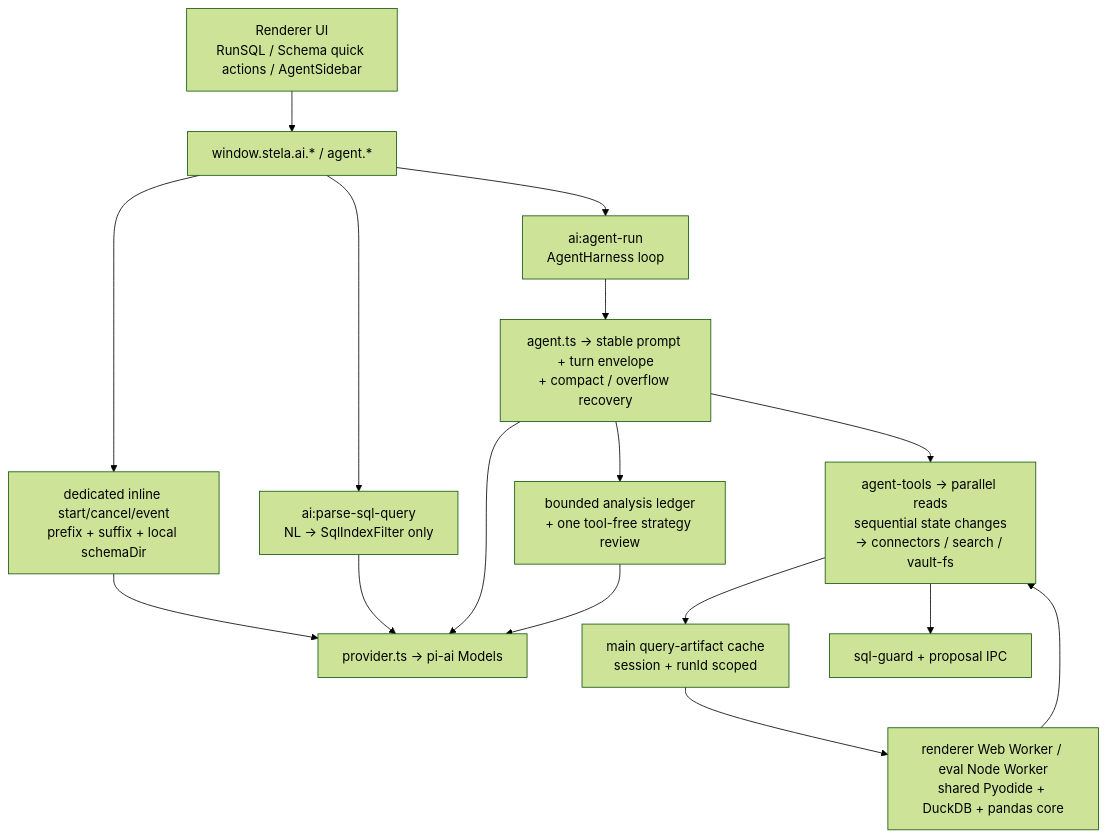
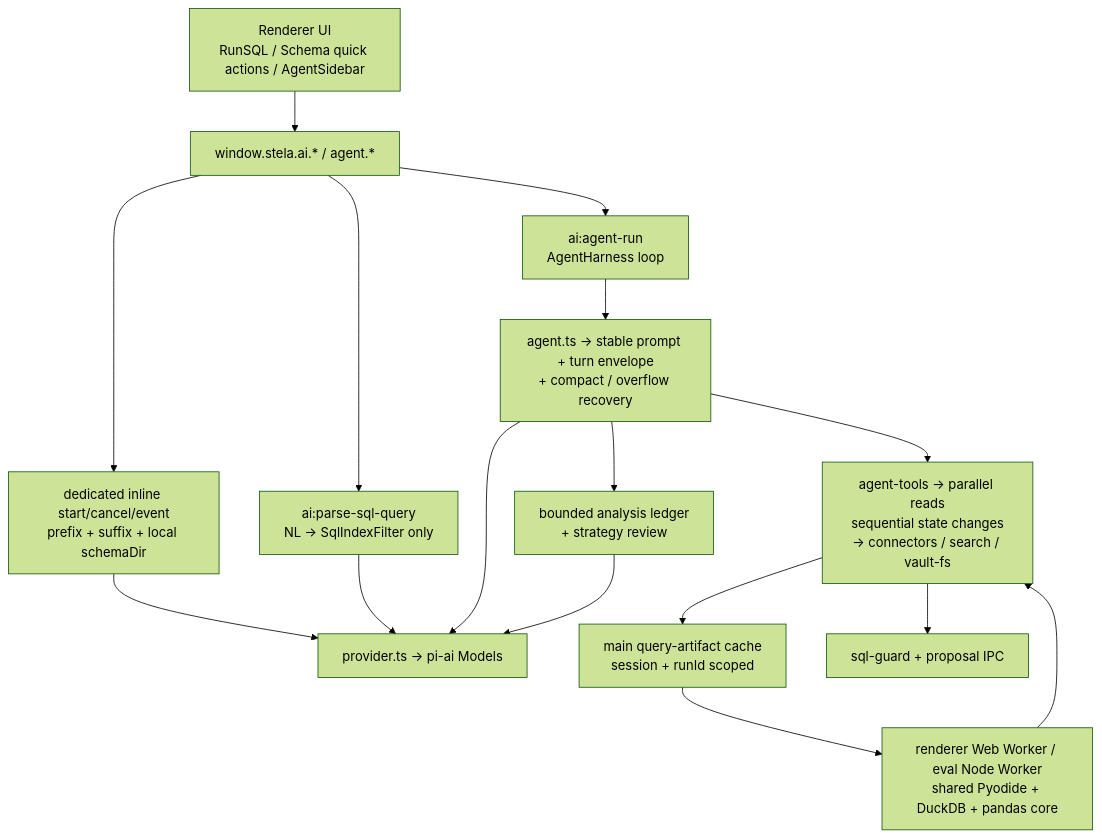
One commit to ay27/Stela changed the second of 2 diagrams in docs/ARCHITECTURE.md. Above: the diagram before and after it, drawn with Mermaid (forest theme). The commit also changed other lines of this file and 28 other files, not shown here.

````diff
--- a/docs/ARCHITECTURE.md
+++ b/docs/ARCHITECTURE.md
@@ -387,26 +387,26 @@
 ```mermaid
 flowchart TB
   UI["Renderer UI\nRunSQL / Schema quick actions / AgentSidebar"]
   PRE["window.stela.ai.* / agent.*"]
   INLINE["dedicated inline start/cancel/event\nprefix + suffix + local schemaDir"]
   PARSE["ai:parse-sql-query\nNL → SqlIndexFilter only"]
   AGENT["ai:agent-run\nAgentHarness loop"]
   PROV["provider.ts → pi-ai Models"]
   HARNESS["agent.ts → stable prompt + turn envelope\n+ compact / overflow recovery"]
-  REVIEW["bounded analysis ledger\n+ one tool-free strategy review"]
+  REVIEW["bounded analysis ledger\n+ strategy review"]
   TOOLS["agent-tools → parallel reads\nsequential state changes\n→ connectors / search / vault-fs"]
   ART["main query-artifact cache\nsession + runId scoped"]
   PY["renderer Web Worker / eval Node Worker\nshared Pyodide + DuckDB + pandas core"]
   GUARD["sql-guard + proposal IPC"]
 
   UI --> PRE
   PRE --> INLINE --> PROV
   PRE --> PARSE
   PRE --> AGENT
   PARSE --> PROV
   AGENT --> HARNESS --> PROV
   HARNESS --> TOOLS
   HARNESS --> REVIEW --> PROV
   TOOLS --> GUARD
   TOOLS --> ART --> PY --> TOOLS
 ```
````
